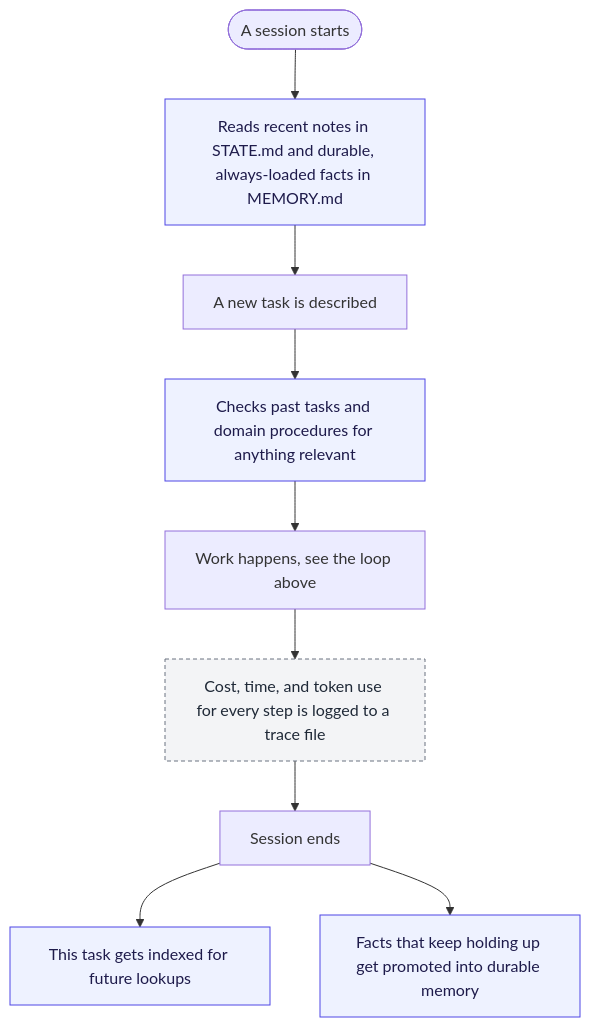
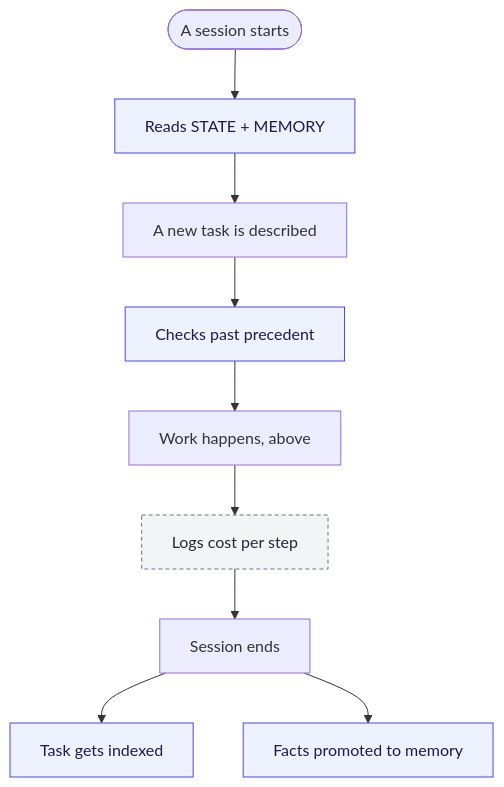
One commit to amtamaddon/intake changed the second of 2 diagrams in README.md. Above: the diagram before and after it, drawn with Mermaid. The commit also changed other lines of this file and 1 other file, not shown here.

First line of the commit message:
README diagrams: shorten every node label -- the real fix

````diff
--- a/README.md
+++ b/README.md
@@ -83,14 +83,14 @@
 ```mermaid
 flowchart TB
     classDef mem fill:#eef2ff,stroke:#4f46e5,color:#1e1b4b,stroke-width:1px
     classDef log fill:#f3f4f6,stroke:#6b7280,color:#1f2937,stroke-width:1px,stroke-dasharray:4 3
 
-    SESSTART(["A session starts"]) --> READS["Reads recent notes in STATE.md and durable, always-loaded facts in MEMORY.md"]:::mem
+    SESSTART(["A session starts"]) --> READS["Reads STATE + MEMORY"]:::mem
     READS --> NEWTASK["A new task is described"]
-    NEWTASK --> LOOKUP["Checks past tasks and domain procedures for anything relevant"]:::mem
-    LOOKUP --> WORKHAPPENS["Work happens, see the loop above"]
-    WORKHAPPENS --> TRACELOG["Cost, time, and token use for every step is logged to a trace file"]:::log
+    NEWTASK --> LOOKUP["Checks past precedent"]:::mem
+    LOOKUP --> WORKHAPPENS["Work happens, above"]
+    WORKHAPPENS --> TRACELOG["Logs cost per step"]:::log
     TRACELOG --> SESSEND["Session ends"]
-    SESSEND --> INDEXED["This task gets indexed for future lookups"]:::mem
-    SESSEND --> PROMOTED["Facts that keep holding up get promoted into durable memory"]:::mem
+    SESSEND --> INDEXED["Task gets indexed"]:::mem
+    SESSEND --> PROMOTED["Facts promoted to memory"]:::mem
 ```
````
